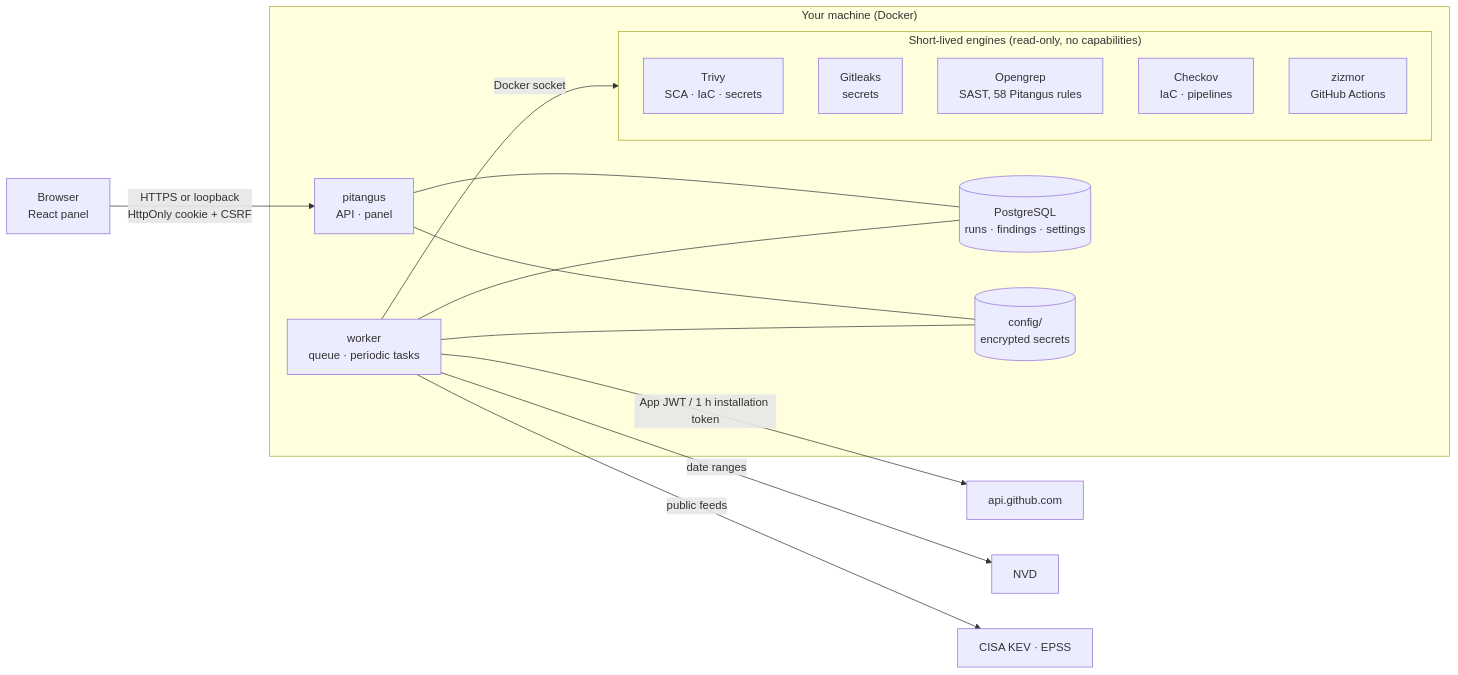
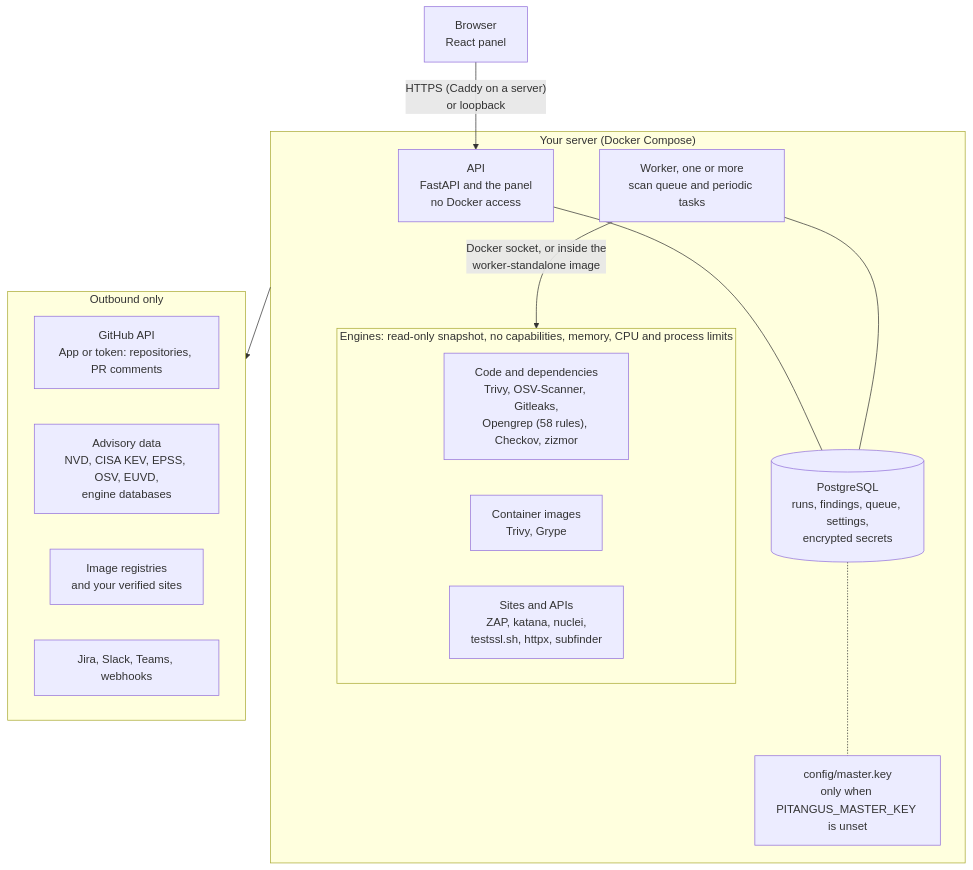
One commit to Pitangus-Dev/pitangus changed the diagram in docs/architecture.md. Above: the diagram before and after it, drawn with Mermaid. The commit also changed other lines of this file and 140 other files, not shown here.

````diff
--- a/docs/architecture.md
+++ b/docs/architecture.md
@@ -10,27 +11,31 @@
 ```mermaid
-flowchart LR
-  browser["Browser<br/>React panel"] -- "HTTPS or loopback<br/>HttpOnly cookie + CSRF" --> api
+flowchart TB
+  browser["Browser<br/>React panel"]
 
-  subgraph host["Your machine (Docker)"]
-    api["pitangus<br/>API · panel"]
-    worker["worker<br/>queue · periodic tasks"]
-    db[("PostgreSQL<br/>runs · findings · settings")]
+  subgraph host["Your server (Docker Compose)"]
+    api["API<br/>FastAPI and the panel<br/>no Docker access"]
+    db[("PostgreSQL<br/>runs, findings, queue, settings,<br/>encrypted secrets")]
+    worker["Worker, one or more<br/>scan queue and periodic tasks"]
+    key["config/master.key<br/>only when PITANGUS_MASTER_KEY is unset"]
     api --- db
     worker --- db
-    worker -- "Docker socket" --> engines
-    subgraph engines["Short-lived engines (read-only, no capabilities)"]
-      trivy["Trivy<br/>SCA · IaC · secrets"]
-      gitleaks["Gitleaks<br/>secrets"]
-      opengrep["Opengrep<br/>SAST, 58 Pitangus rules"]
-      checkov["Checkov<br/>IaC · pipelines"]
-      zizmor["zizmor<br/>GitHub Actions"]
+    db -.- key
+    subgraph engines["Engines: read-only snapshot, no capabilities, memory, CPU and process limits"]
+      code["Code and dependencies<br/>Trivy, OSV-Scanner, Gitleaks,<br/>Opengrep (58 rules), Checkov, zizmor"]
+      images["Container images<br/>Trivy, Grype"]
+      web["Sites and APIs<br/>ZAP, katana, nuclei,<br/>testssl.sh, httpx, subfinder"]
     end
-    config[("config/<br/>encrypted secrets")]
-    api --- config
-    worker --- config
+    worker -- "Docker socket, or inside the<br/>worker-standalone image" --> engines
   end
 
-  worker -- "App JWT / 1 h installation token" --> github["api.github.com"]
-  worker -- "date ranges" --> nvd["NVD"]
-  worker -- "public feeds" --> feeds["CISA KEV · EPSS"]
+  browser -- "HTTPS (Caddy on a server)<br/>or loopback" --> api
+
+  subgraph outbound["Outbound only"]
+    github["GitHub API<br/>App or token: repositories, PR comments"]
+    feeds["Advisory data<br/>NVD, CISA KEV, EPSS, OSV, EUVD,<br/>engine databases"]
+    targets["Image registries<br/>and your verified sites"]
+    notify["Jira, Slack, Teams, webhooks"]
+  end
+
+  host --> outbound
 ```
````
